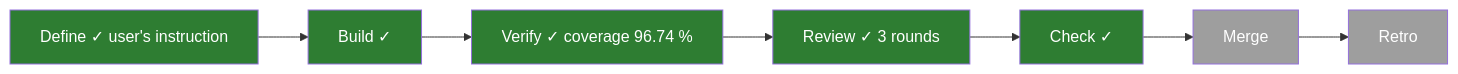
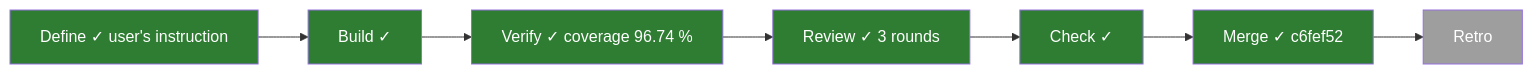
One commit to PaliCanon/learn-pali changed the first of 2 diagrams in .task/034-dev-public.md. Above: the diagram before and after it, drawn with Mermaid. The commit also changed other lines of this file, not shown here.

Commit message:
chore(task): 034 merged

````diff
--- a/.task/034-dev-public.md
+++ b/.task/034-dev-public.md
@@ -12,7 +12,7 @@
 ```mermaid
 flowchart LR
-  Define["Define ✓ user's instruction"]:::done --> Build["Build ✓"]:::done --> Verify["Verify ✓ coverage 96.74 %"]:::done --> Review["Review ✓ 3 rounds"]:::done --> Check["Check ✓"]:::done --> Merge:::todo --> Retro:::todo
+  Define["Define ✓ user's instruction"]:::done --> Build["Build ✓"]:::done --> Verify["Verify ✓ coverage 96.74 %"]:::done --> Review["Review ✓ 3 rounds"]:::done --> Check["Check ✓"]:::done --> Merge["Merge ✓ c6fef52"]:::done --> Retro:::todo
   classDef doing fill:#f9a825,color:#000
   classDef done fill:#2e7d32,color:#fff
   classDef todo fill:#9e9e9e,color:#fff
 ```
````
